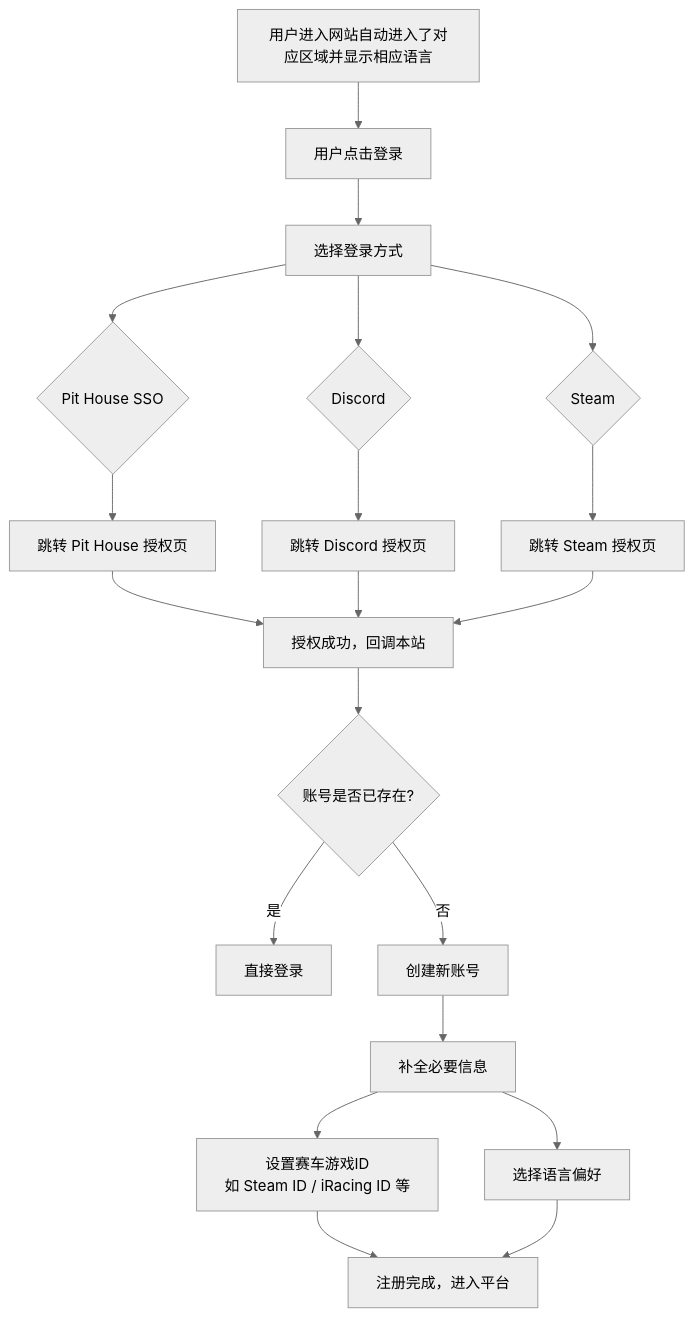
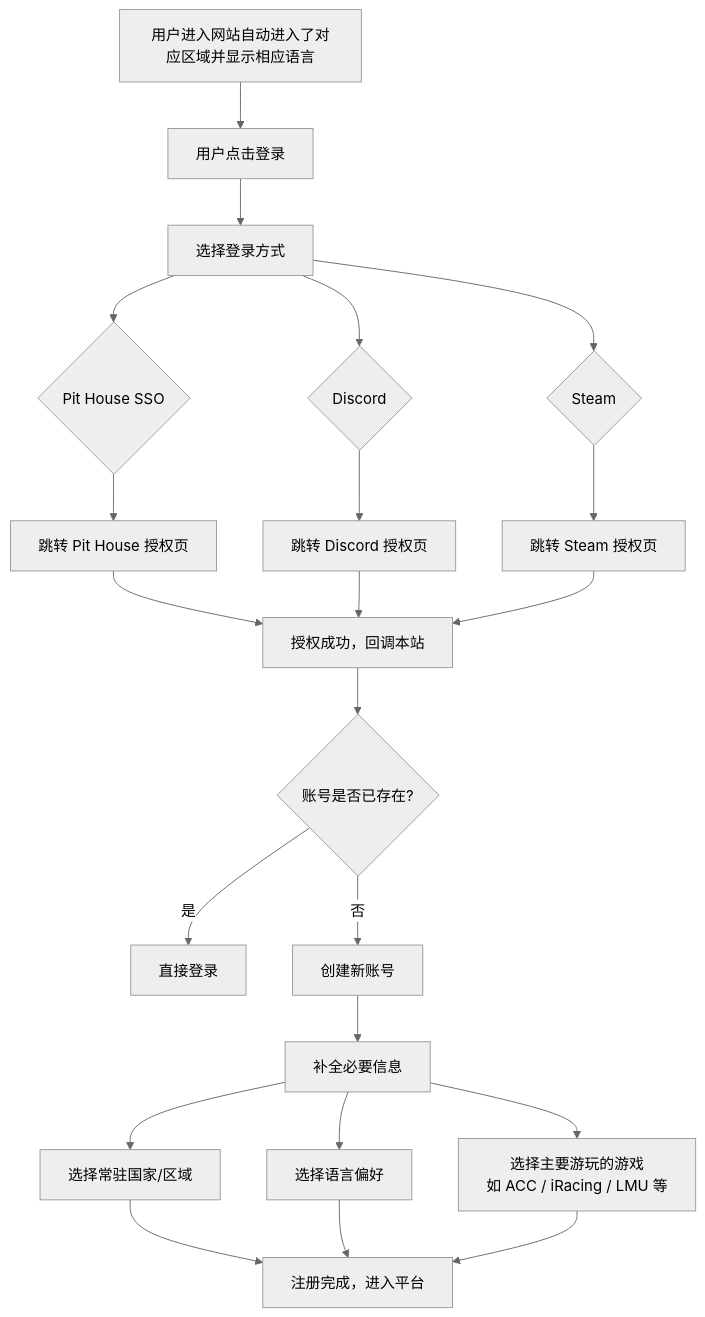
The first of 9 diagrams in PRD.md (SagaLinZP/Racing-Arcade), drawn with Mermaid (neutral theme) before and after one commit. The commit also changed other lines of this file, not shown here.

Commit message:
update registration flow now check steam id and iracing id

````diff
--- a/PRD.md
+++ b/PRD.md
@@ -160,19 +160,20 @@
 ```mermaid
 flowchart TD
     A["用户进入网站自动进入了对应区域并显示相应语言"] --> B
     B["用户点击登录"] --> C["选择登录方式"]
     C --> D{"Pit House SSO"} & E{"Discord"} & F{"Steam"}
     D --> G["跳转 Pit House 授权页"]
     E --> H["跳转 Discord 授权页"]
     F --> I["跳转 Steam 授权页"]
     G --> J["授权成功，回调本站"]
     H --> J
     I --> J
     J --> K{"账号是否已存在?"}
     K -- 是 --> L["直接登录"]
     K -- 否 --> M["创建新账号"]
     M --> N["补全必要信息"]
-    N --> O["设置赛车游戏ID<br>如 Steam ID / iRacing ID 等"] & P["选择语言偏好"]
+    N --> O["选择常驻国家/区域"] & P["选择语言偏好"] & R["选择主要游玩的游戏<br>如 ACC / iRacing / LMU 等"]
     O --> Q["注册完成，进入平台"]
     P --> Q
+    R --> Q
 ```
````
